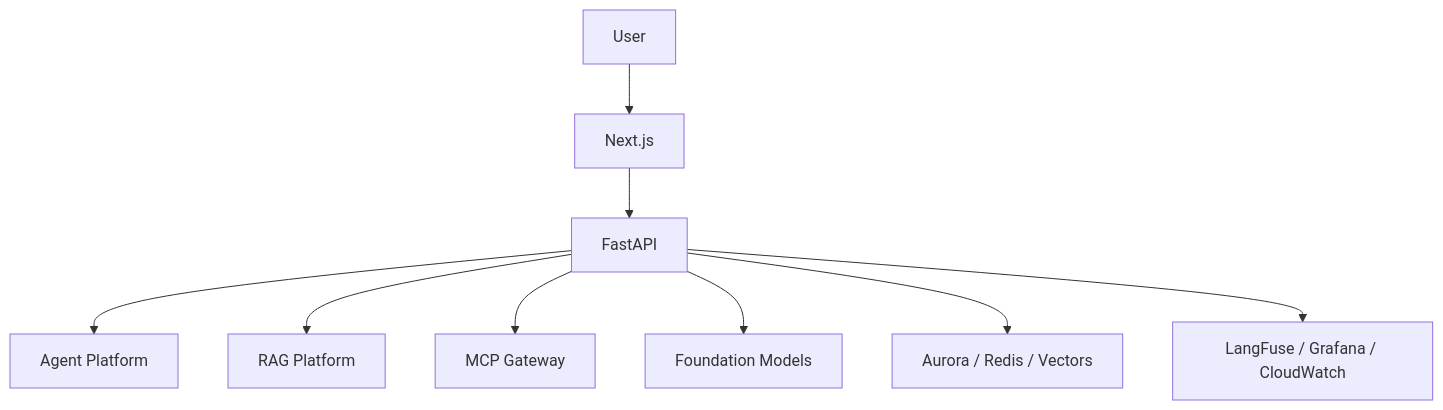
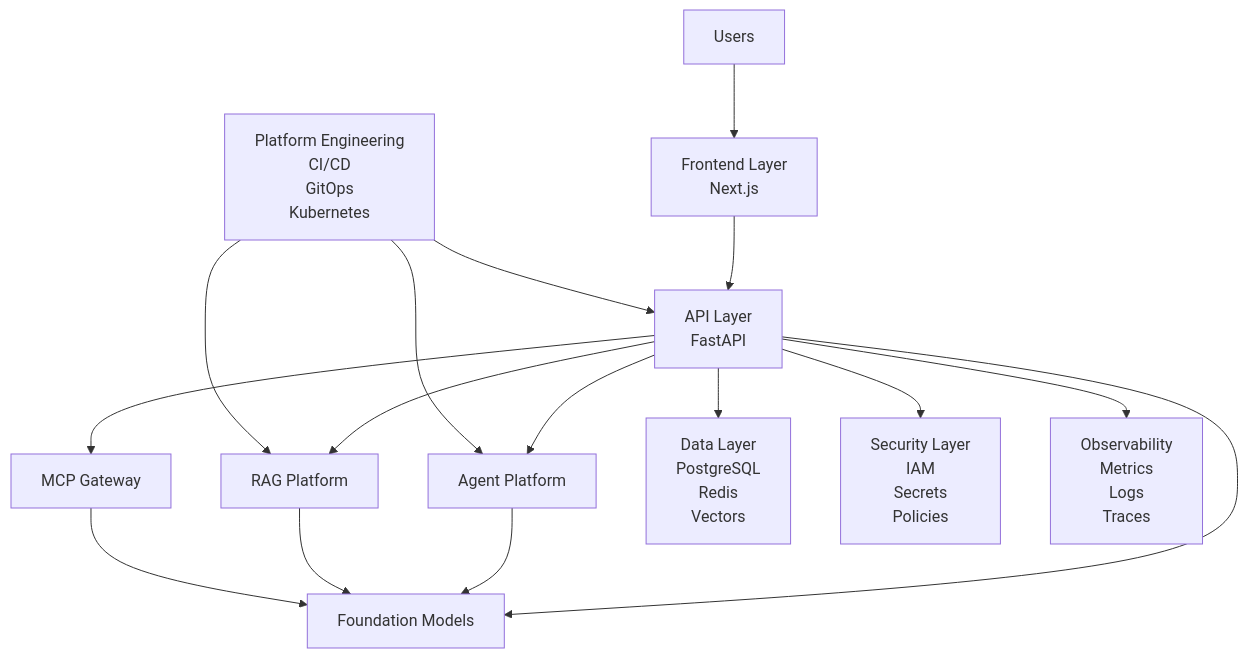
Before and after one commit to gtaltou/ai-cloud-mlops-platform: the diagram in README.md, drawn with Mermaid. The commit also changed other lines of this file and 27 other files, not shown here.

First line of the commit message:
docs(architecture): add enterprise architecture foundation

````diff
--- a/README.md
+++ b/README.md
@@ -166,37 +310,62 @@
 ```mermaid
 flowchart TB
 
-    User["User"]
+    User["Users"]
 
-    Frontend["Next.js"]
+    Frontend["Frontend Layer
+    Next.js"]
 
-    API["FastAPI"]
+    API["API Layer
+    FastAPI"]
 
     Agents["Agent Platform"]
 
     RAG["RAG Platform"]
 
     MCP["MCP Gateway"]
 
     Models["Foundation Models"]
 
-    Data["Aurora / Redis / Vectors"]
+    Data["Data Layer
+    PostgreSQL
+    Redis
+    Vectors"]
 
-    Obs["LangFuse / Grafana / CloudWatch"]
+    Platform["Platform Engineering
+    CI/CD
+    GitOps
+    Kubernetes"]
+
+    Security["Security Layer
+    IAM
+    Secrets
+    Policies"]
+
+    Observability["Observability
+    Metrics
+    Logs
+    Traces"]
 
     User --> Frontend
 
     Frontend --> API
 
     API --> Agents
-
     API --> RAG
-
     API --> MCP
-
     API --> Models
 
     API --> Data
 
-    API --> Obs
+    Agents --> Models
+    RAG --> Models
+    MCP --> Models
+
+    API --> Security
+
+    API --> Observability
+
+    Platform --> API
+    Platform --> Agents
+    Platform --> RAG
 ```
````
